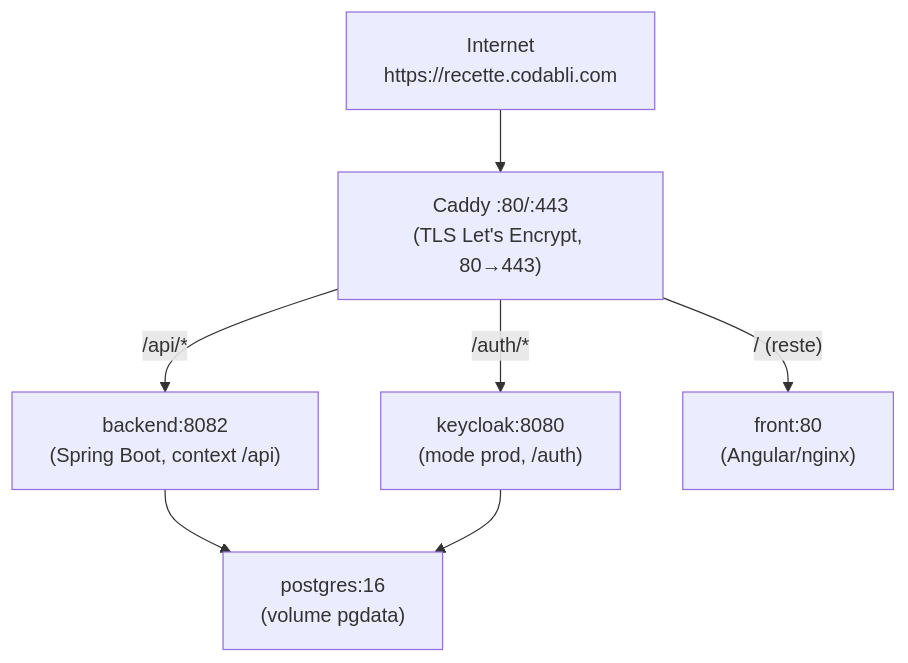
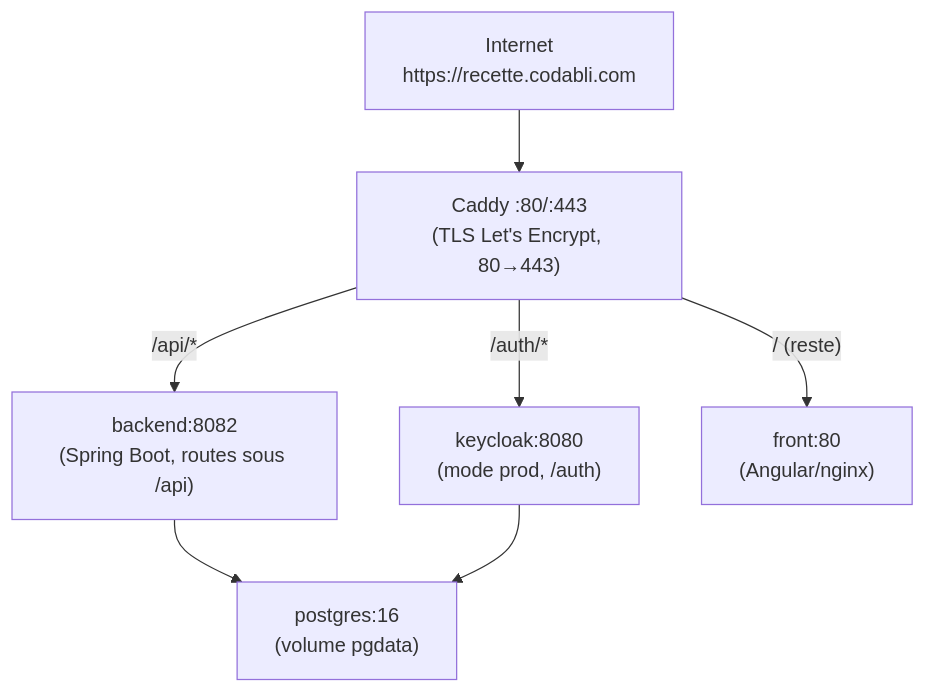
Before and after one commit to Codabli/codabli-infra: the fifth of 5 diagrams in docs/DEPLOIEMENT_RECETTE.md, drawn with Mermaid. The commit also changed 2 other files, not shown here.

Commit message:
fix(recette): retirer le context-path /api du backend
Les contrôleurs du backend sont déjà mappés sous /api. Avec
SERVER_SERVLET_CONTEXT_PATH=/api, les routes deviennent /api/api/...
et les règles d'accès publiques ne correspondent plus (401 sur /api/...).
Caddy transmet /api/* sans réécriture : le backend doit donc être
servi sans context-path.

````diff
--- a/docs/DEPLOIEMENT_RECETTE.md
+++ b/docs/DEPLOIEMENT_RECETTE.md
@@ -233,9 +233,9 @@
 ```mermaid
 flowchart TD
     net["Internet<br/>https://recette.codabli.com"] --> caddy["Caddy :80/:443<br/>(TLS Let's Encrypt, 80→443)"]
-    caddy -- "/api/*" --> back["backend:8082<br/>(Spring Boot, context /api)"]
+    caddy -- "/api/*" --> back["backend:8082<br/>(Spring Boot, routes sous /api)"]
     caddy -- "/auth/*" --> kc["keycloak:8080<br/>(mode prod, /auth)"]
     caddy -- "/ (reste)" --> front["front:80<br/>(Angular/nginx)"]
     back --> pg["postgres:16<br/>(volume pgdata)"]
     kc --> pg
 ```
````
